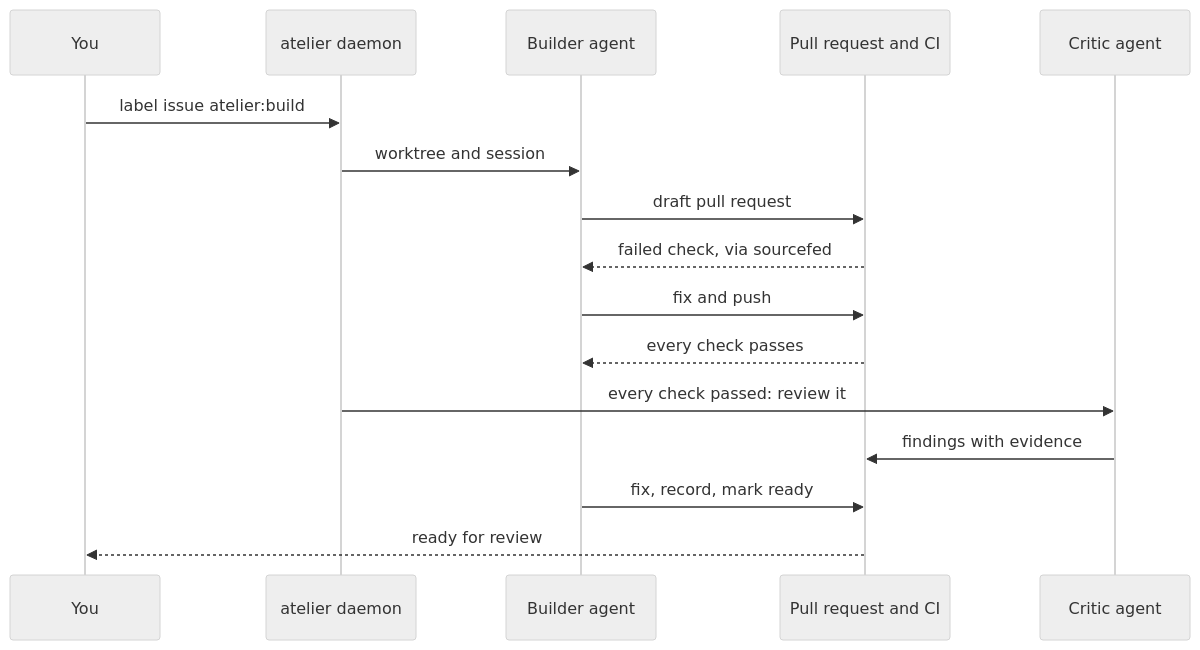
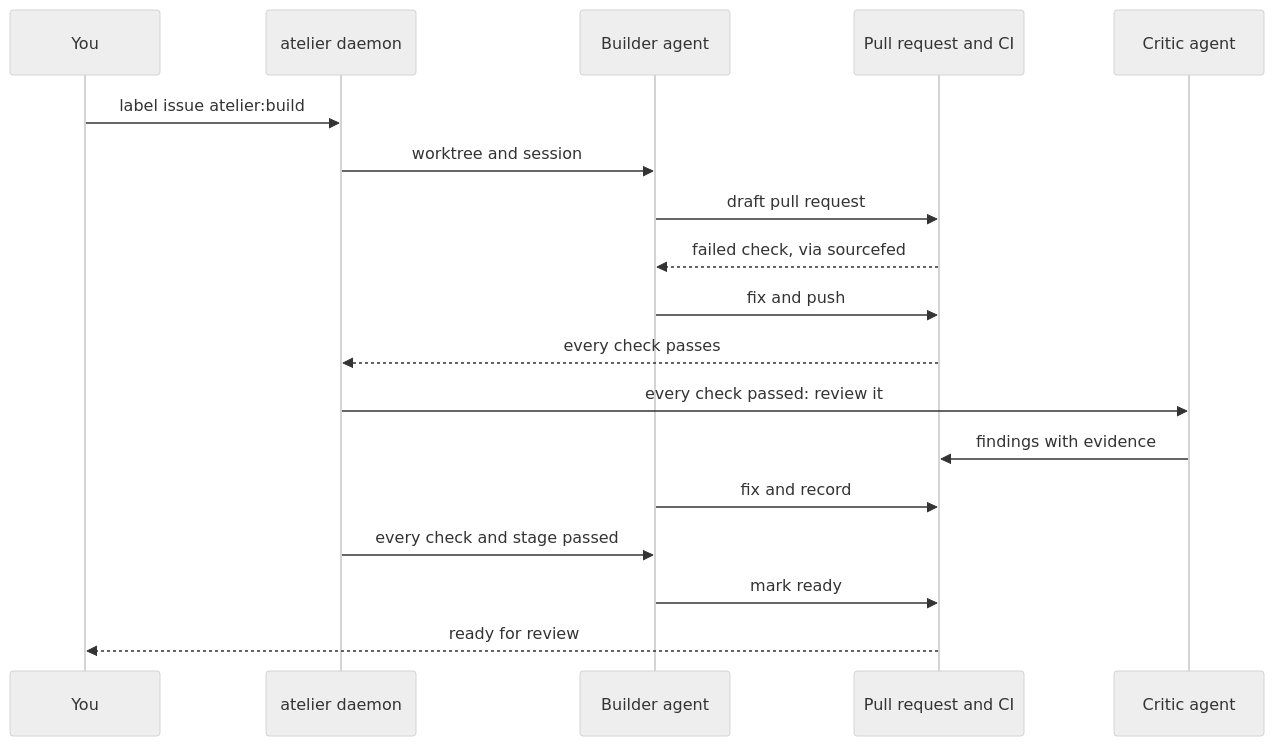
One commit to StevenJPx2/atelier changed the first of 4 diagrams in README.md. Above: the diagram before and after it, drawn with Mermaid (neutral theme). The commit also changed 18 other files, not shown here.

First line of the commit message:
fix(core): tell the builder when every check passes (#18)

````diff
--- a/README.md
+++ b/README.md
@@ -23,18 +23,20 @@
 ```mermaid
 sequenceDiagram
     participant You
     participant Atelier as atelier daemon
     participant Builder as Builder agent
     participant PR as Pull request and CI
     participant Critic as Critic agent
     You->>Atelier: label issue atelier:build
     Atelier->>Builder: worktree and session
     Builder->>PR: draft pull request
     PR-->>Builder: failed check, via sourcefed
     Builder->>PR: fix and push
-    PR-->>Builder: every check passes
+    PR-->>Atelier: every check passes
     Atelier->>Critic: every check passed: review it
     Critic->>PR: findings with evidence
-    Builder->>PR: fix, record, mark ready
+    Builder->>PR: fix and record
+    Atelier->>Builder: every check and stage passed
+    Builder->>PR: mark ready
     PR-->>You: ready for review
 ```
````
